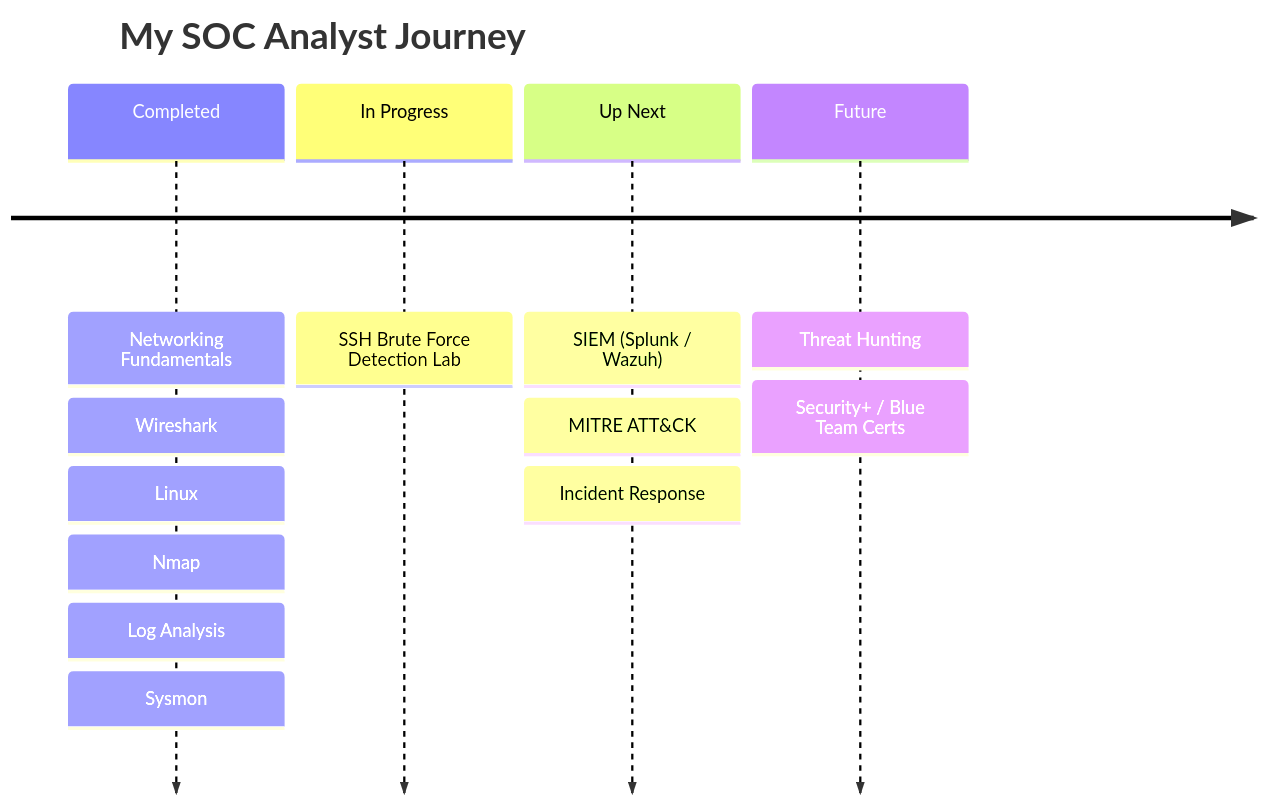
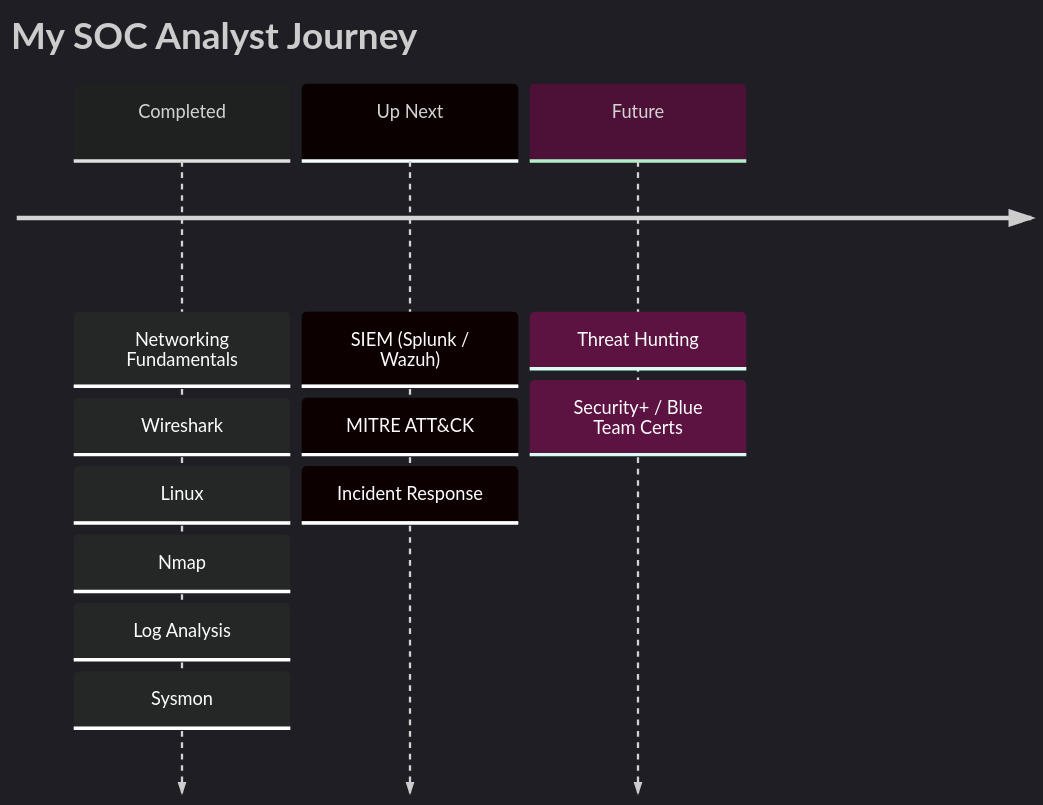
One commit to Intasab/Intasab changed the diagram in README.md. Above: the diagram before and after it, drawn with Mermaid. The commit also changed other lines of this file, not shown here.

````diff
--- a/README.md
+++ b/README.md
@@ -113,8 +63,8 @@
 ```mermaid
+%%{init: {'theme':'dark'}}%%
 timeline
     title My SOC Analyst Journey
     Completed : Networking Fundamentals : Wireshark : Linux : Nmap : Log Analysis : Sysmon
-    In Progress : SSH Brute Force Detection Lab
     Up Next : SIEM (Splunk / Wazuh) : MITRE ATT&CK : Incident Response
     Future : Threat Hunting : Security+ / Blue Team Certs
 ```
````
